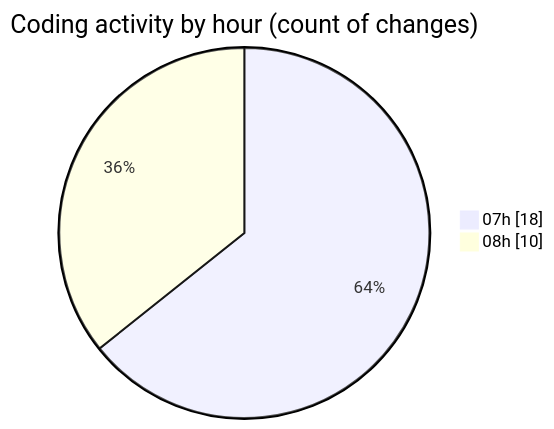
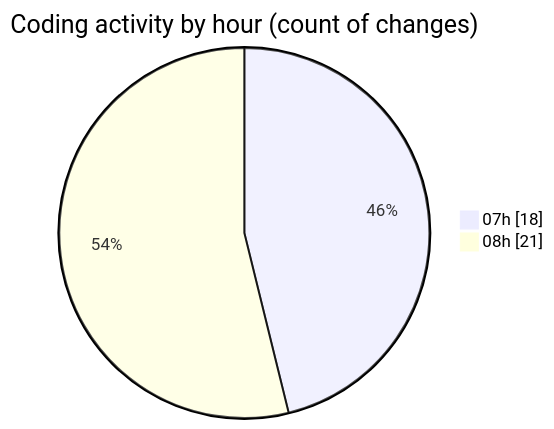
The second of 2 diagrams in 2026-08-21/cda/README.md (momahboobian/code-tracking), drawn with Mermaid before and after one commit. The commit also changed other lines of this file and 1 other file, not shown here.

````diff
--- a/2026-08-21/cda/README.md
+++ b/2026-08-21/cda/README.md
@@ -41,6 +44,6 @@
 ```mermaid
 pie showData
 title Coding activity by hour (count of changes)
 "07h" : 18
-"08h" : 10
+"08h" : 21
 ```
````
